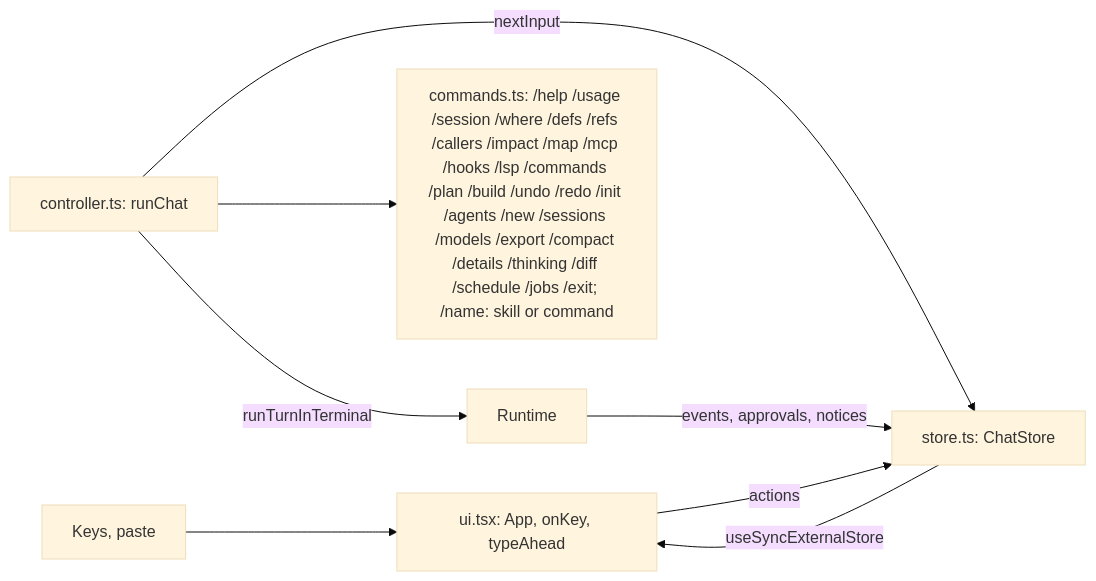
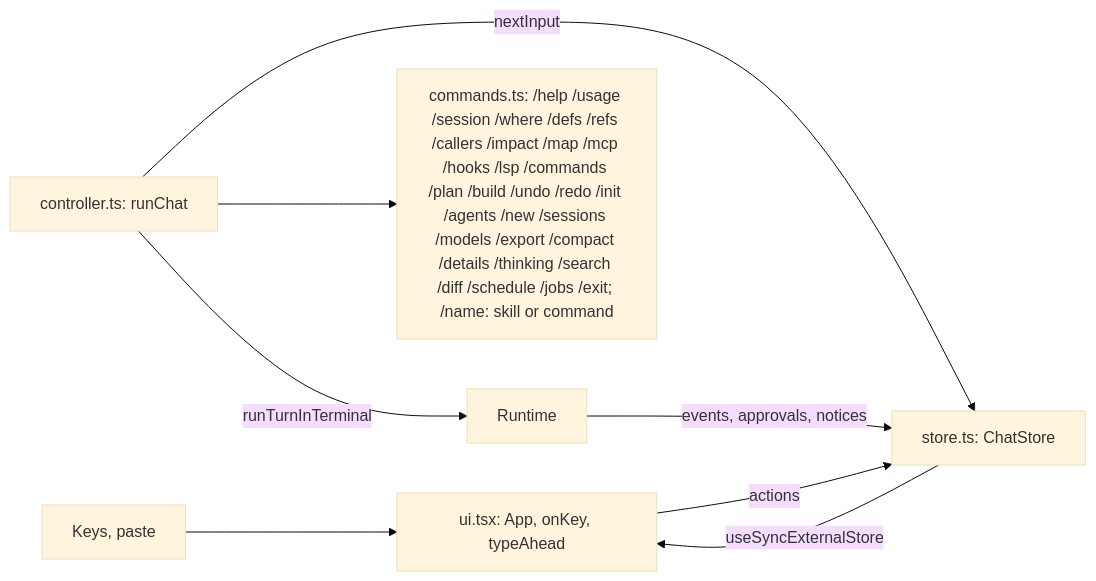
Before and after one commit to madhu-sv/garuda: the diagram in docs/lld/cli.md, drawn with Mermaid (base theme). The commit also changed other lines of this file and 14 other files, not shown here.

First line of the commit message:
feat(search): choose the web search once (use in search.json, init, /search)

````diff
--- a/docs/lld/cli.md
+++ b/docs/lld/cli.md
@@ -138,10 +138,10 @@
 ```mermaid
 flowchart LR
   keys[Keys, paste] --> ui[ui.tsx: App, onKey, typeAhead]
   ui -->|actions| store[store.ts: ChatStore]
   store -->|useSyncExternalStore| ui
   ctrl[controller.ts: runChat] -->|nextInput| store
-  ctrl --> cmds[commands.ts: /help /usage /session /where /defs /refs /callers /impact /map /mcp /hooks /lsp /commands /plan /build /undo /redo /init /agents /new /sessions /models /export /compact /details /thinking /diff /schedule /jobs /exit; /name: skill or command]
+  ctrl --> cmds[commands.ts: /help /usage /session /where /defs /refs /callers /impact /map /mcp /hooks /lsp /commands /plan /build /undo /redo /init /agents /new /sessions /models /export /compact /details /thinking /search /diff /schedule /jobs /exit; /name: skill or command]
   ctrl -->|runTurnInTerminal| rt[Runtime]
   rt -->|events, approvals, notices| store
 ```
````
